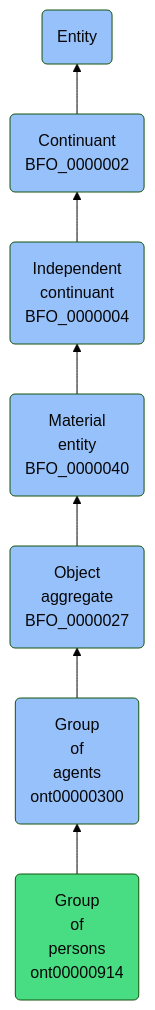
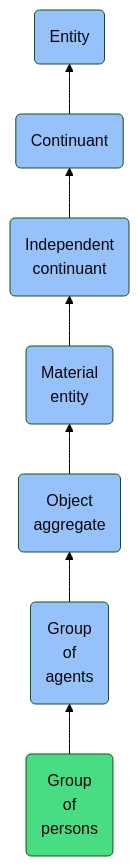
One commit to jupyter-naas/abi changed the diagram in docs/ontology/reference/model/Entity/Continuant/Independent continuant/Material entity/Object aggregate/Group of agents/Group of persons/Group of persons.md. Above: the diagram before and after it, drawn with Mermaid (forest theme). The commit also changed other lines of this file and 1430 other files, not shown here.

````diff
--- a/docs/ontology/reference/model/Entity/Continuant/Independent continuant/Material entity/Object aggregate/Group of agents/Group of persons/Group of persons.md
+++ b/docs/ontology/reference/model/Entity/Continuant/Independent continuant/Material entity/Object aggregate/Group of agents/Group of persons/Group of persons.md
@@ -24,14 +24,14 @@
 ```mermaid
 graph BT
-    ont00000914(Group<br>of<br>persons<br>ont00000914):::ABI-->ont00000300
-    ont00000300(Group<br>of<br>agents<br>ont00000300):::BFO-->BFO_0000027
-    BFO_0000027(Object<br>aggregate<br>BFO_0000027):::BFO-->BFO_0000040
-    BFO_0000040(Material<br>entity<br>BFO_0000040):::BFO-->BFO_0000004
-    BFO_0000004(Independent<br>continuant<br>BFO_0000004):::BFO-->BFO_0000002
-    BFO_0000002(Continuant<br>BFO_0000002):::BFO-->BFO_0000001
+    ont00000914(Group<br>of<br>persons):::ABI-->ont00000300
+    ont00000300(Group<br>of<br>agents):::BFO-->BFO_0000027
+    BFO_0000027(Object<br>aggregate):::BFO-->BFO_0000040
+    BFO_0000040(Material<br>entity):::BFO-->BFO_0000004
+    BFO_0000004(Independent<br>continuant):::BFO-->BFO_0000002
+    BFO_0000002(Continuant):::BFO-->BFO_0000001
     BFO_0000001(Entity):::BFO
     
     classDef BFO fill:#97c1fb,color:#060606
     classDef CCO fill:#e4c51e,color:#060606
     classDef ABI fill:#48DD82,color:#060606
 ```
````
